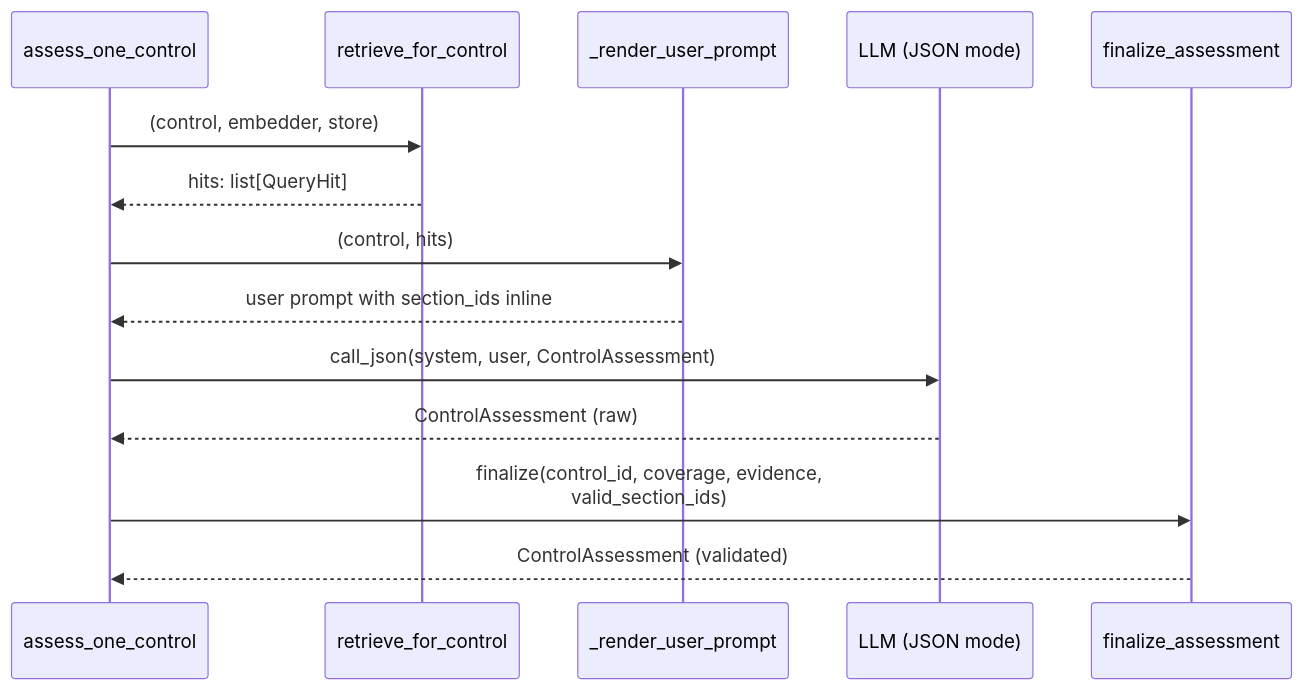
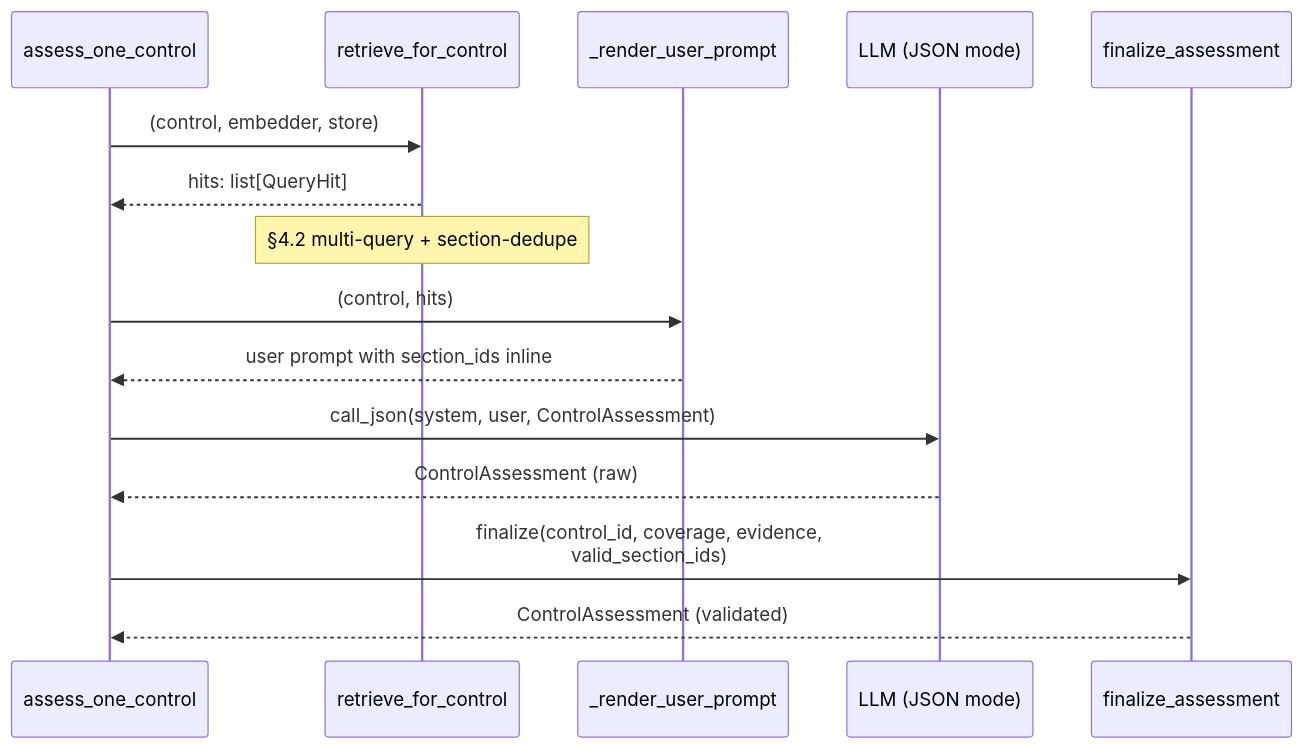
The fourth of 6 diagrams in docs/architecture.md (antoinebon/ai-auditor), drawn with Mermaid before and after one commit. The commit also changed other lines of this file, not shown here.

First line of the commit message:
docs: rewrite architecture.md around graphs + query formulation

````diff
--- a/docs/architecture.md
+++ b/docs/architecture.md
@@ -570,17 +304,18 @@
 ```mermaid
 sequenceDiagram
     participant N as assess_one_control
     participant R as retrieve_for_control
     participant P as _render_user_prompt
     participant L as LLM (JSON mode)
     participant F as finalize_assessment
 
     N->>R: (control, embedder, store)
     R-->>N: hits: list[QueryHit]
+    Note over R: §4.2 multi-query + section-dedupe
     N->>P: (control, hits)
     P-->>N: user prompt with section_ids inline
     N->>L: call_json(system, user, ControlAssessment)
     L-->>N: ControlAssessment (raw)
     N->>F: finalize(control_id, coverage, evidence,<br/>valid_section_ids)
     F-->>N: ControlAssessment (validated)
 ```
````
